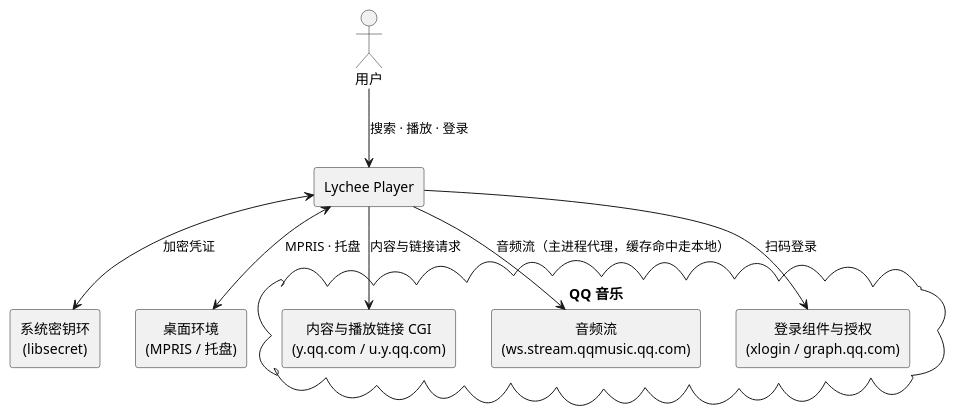
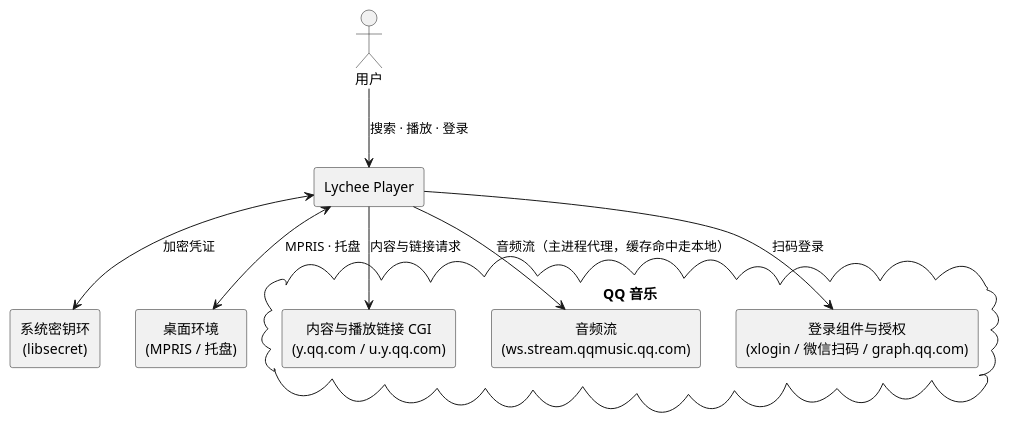
Before and after one commit to 54m43lJ/LycheePlayer: the diagram in diagram/general-architecture.puml, drawn with PlantUML. The commit also changed 29 other files, not shown here.

```diff
--- a/diagram/general-architecture.puml
+++ b/diagram/general-architecture.puml
@@ -1,24 +1,24 @@
 @startuml general-architecture
 skinparam componentStyle rectangle
 skinparam defaultTextAlignment center
 skinparam shadowing false
 
 actor "用户" as U
 component "Lychee Player" as APP
 
 cloud "QQ 音乐" {
   [内容与播放链接 CGI\n(y.qq.com / u.y.qq.com)] as API
   [音频流\n(ws.stream.qqmusic.qq.com)] as STREAM
-  [登录组件与授权\n(xlogin / graph.qq.com)] as LOGIN
+  [登录组件与授权\n(xlogin / 微信扫码 / graph.qq.com)] as LOGIN
 }
 
 component "系统密钥环\n(libsecret)" as KEYRING
 component "桌面环境\n(MPRIS / 托盘)" as DESKTOP
 
 U --> APP : 搜索 · 播放 · 登录
 APP --> API : 内容与链接请求
 APP --> LOGIN : 扫码登录
 APP --> STREAM : 音频流（主进程代理，缓存命中走本地）
 APP <--> KEYRING : 加密凭证
 APP <--> DESKTOP : MPRIS · 托盘
 @enduml
```
